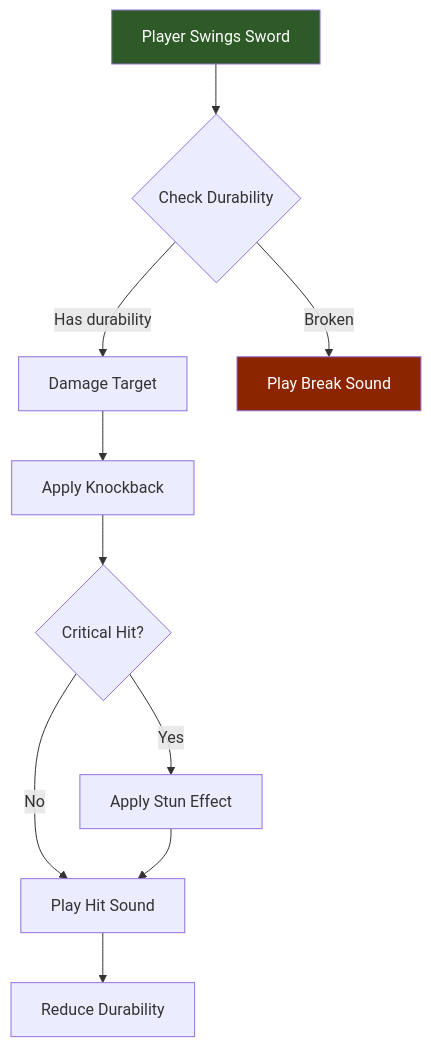
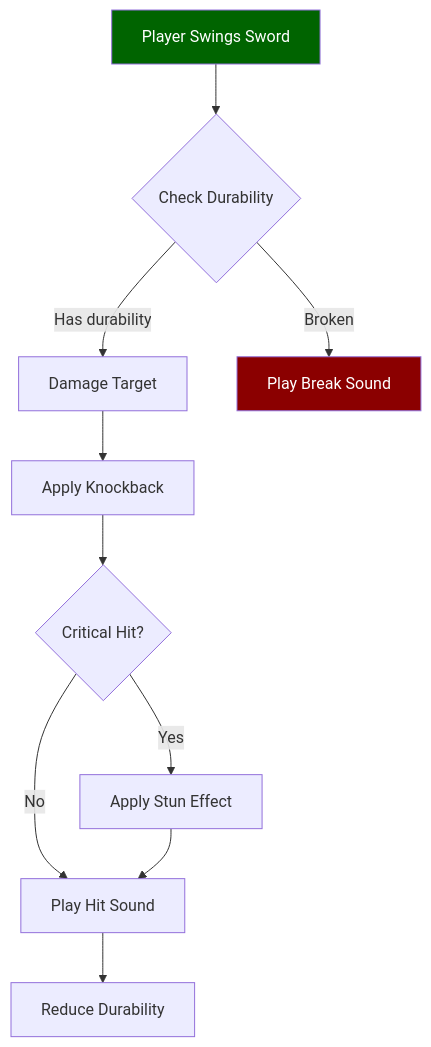
One commit to nevesb/hytale-modding-docs changed the third of 3 diagrams in src/content/docs/es/reference/concepts/interaction-chaining.md. Above: the diagram before and after it, drawn with Mermaid. The commit also changed other lines of this file and 34 other files, not shown here.

````diff
--- a/src/content/docs/es/reference/concepts/interaction-chaining.md
+++ b/src/content/docs/es/reference/concepts/interaction-chaining.md
@@ -38,15 +38,15 @@
 ```mermaid
-flowchart TD
+flowchart TD;
     A[Player Swings Sword] --> B{Check Durability}
     B -->|"Has durability"| C[Damage Target]
     B -->|"Broken"| X[Play Break Sound]
     C --> D[Apply Knockback]
     D --> E{Critical Hit?}
     E -->|"Yes"| F[Apply Stun Effect]
     E -->|"No"| G[Play Hit Sound]
     F --> G
     G --> H[Reduce Durability]
 
-    style A fill:#2d5a27,color:#fff
-    style X fill:#8b2500,color:#fff
+    style A fill:darkgreen,color:white
+    style X fill:darkred,color:white
 ```
````
